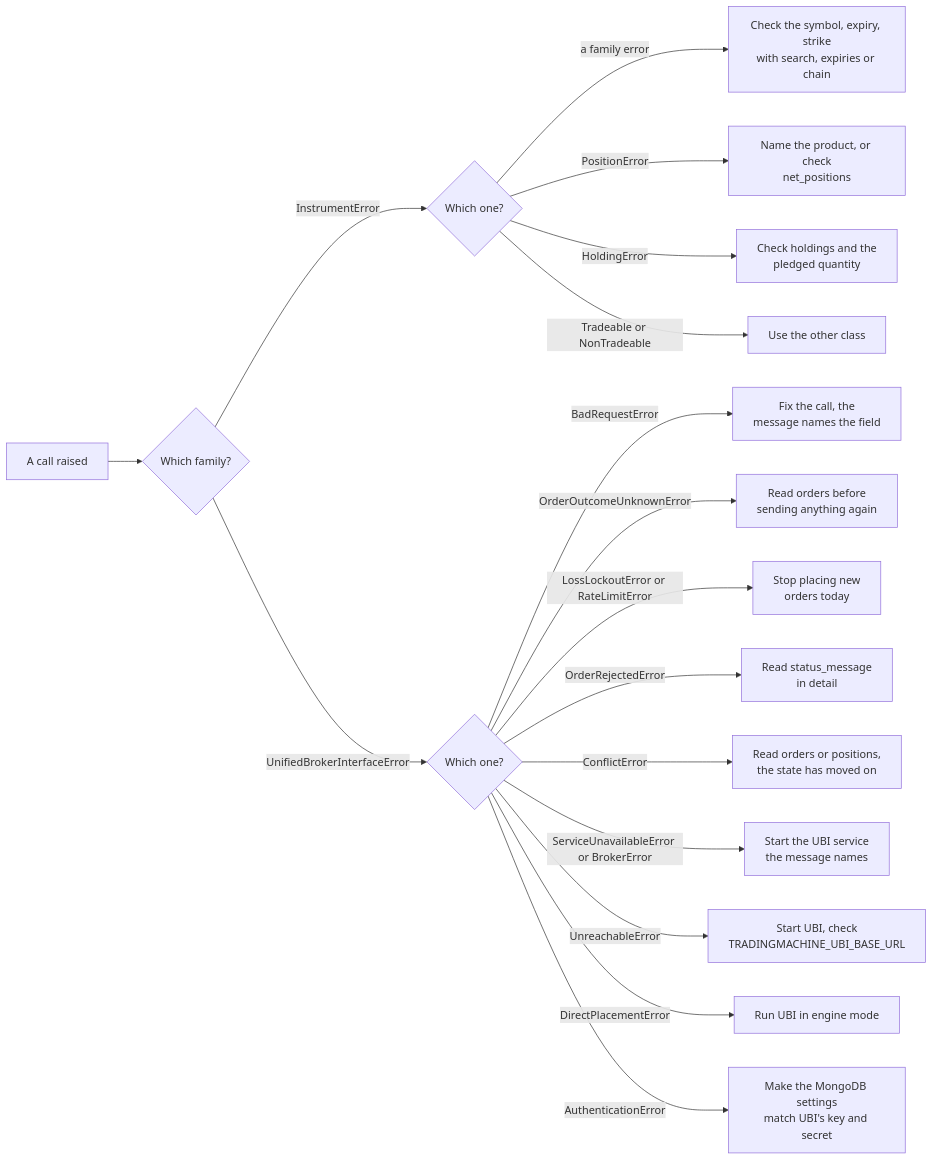
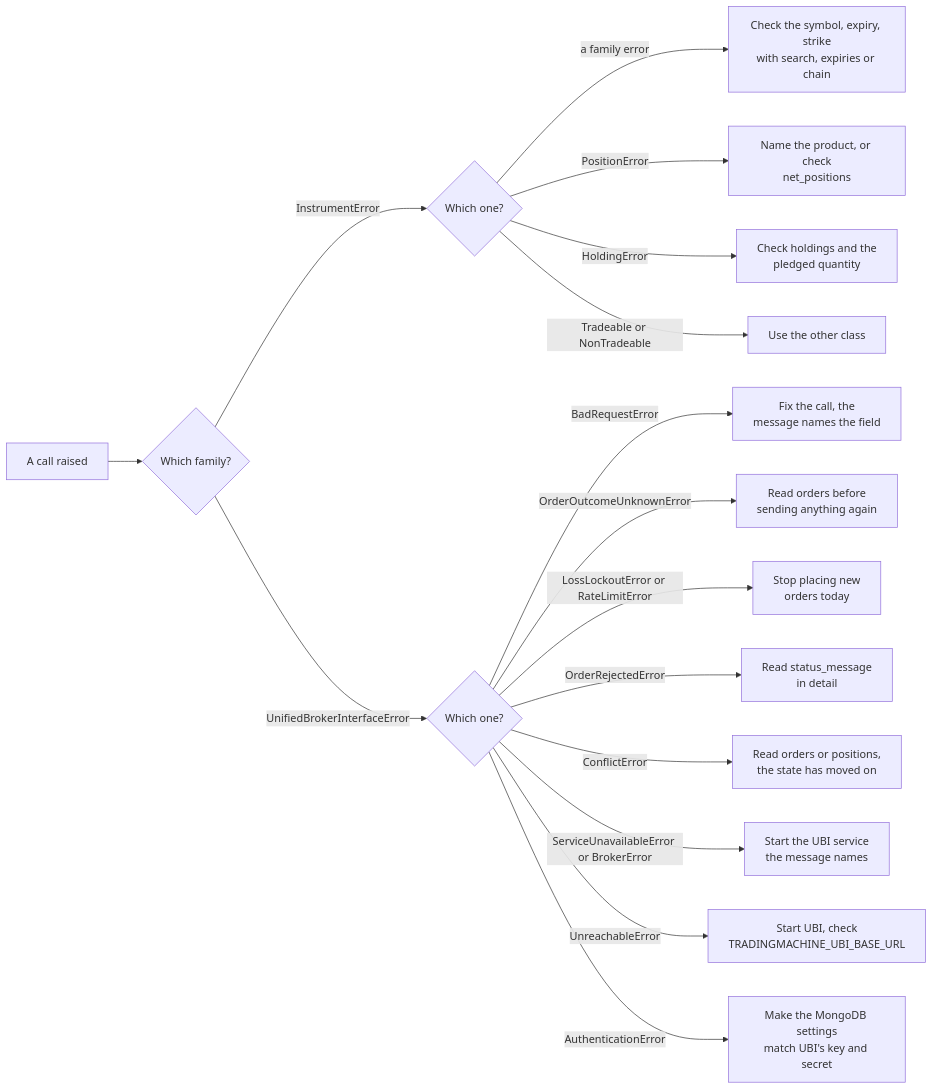
The third of 3 diagrams in docs/python-api/errors.md (pramodathani/tradingmachine), drawn with Mermaid before and after one commit. The commit also changed other lines of this file and 29 other files, not shown here.

First line of the commit message:
Update the documentation site for UBI's order engine changes

````diff
--- a/docs/python-api/errors.md
+++ b/docs/python-api/errors.md
@@ -130,19 +127,18 @@
 ```mermaid
 flowchart LR
     A["A call raised"] --> B{"Which family?"}
     B -- "InstrumentError" --> C{"Which one?"}
     C -- "a family error" --> C1["Check the symbol, expiry, strike<br/>with search, expiries or chain"]
     C -- "PositionError" --> C2["Name the product, or check<br/>net_positions"]
     C -- "HoldingError" --> C3["Check holdings and the<br/>pledged quantity"]
     C -- "Tradeable or NonTradeable" --> C4["Use the other class"]
     B -- "UnifiedBrokerInterfaceError" --> D{"Which one?"}
     D -- "BadRequestError" --> D1["Fix the call, the<br/>message names the field"]
     D -- "OrderOutcomeUnknownError" --> D2["Read orders before<br/>sending anything again"]
     D -- "LossLockoutError or RateLimitError" --> D3["Stop placing new<br/>orders today"]
     D -- "OrderRejectedError" --> D4["Read status_message<br/>in detail"]
     D -- "ConflictError" --> D5["Read orders or positions,<br/>the state has moved on"]
     D -- "ServiceUnavailableError or BrokerError" --> D6["Start the UBI service<br/>the message names"]
     D -- "UnreachableError" --> D7["Start UBI, check<br/>TRADINGMACHINE_UBI_BASE_URL"]
-    D -- "DirectPlacementError" --> D8["Run UBI in engine mode"]
     D -- "AuthenticationError" --> D9["Make the MongoDB settings<br/>match UBI's key and secret"]
 ```
````
